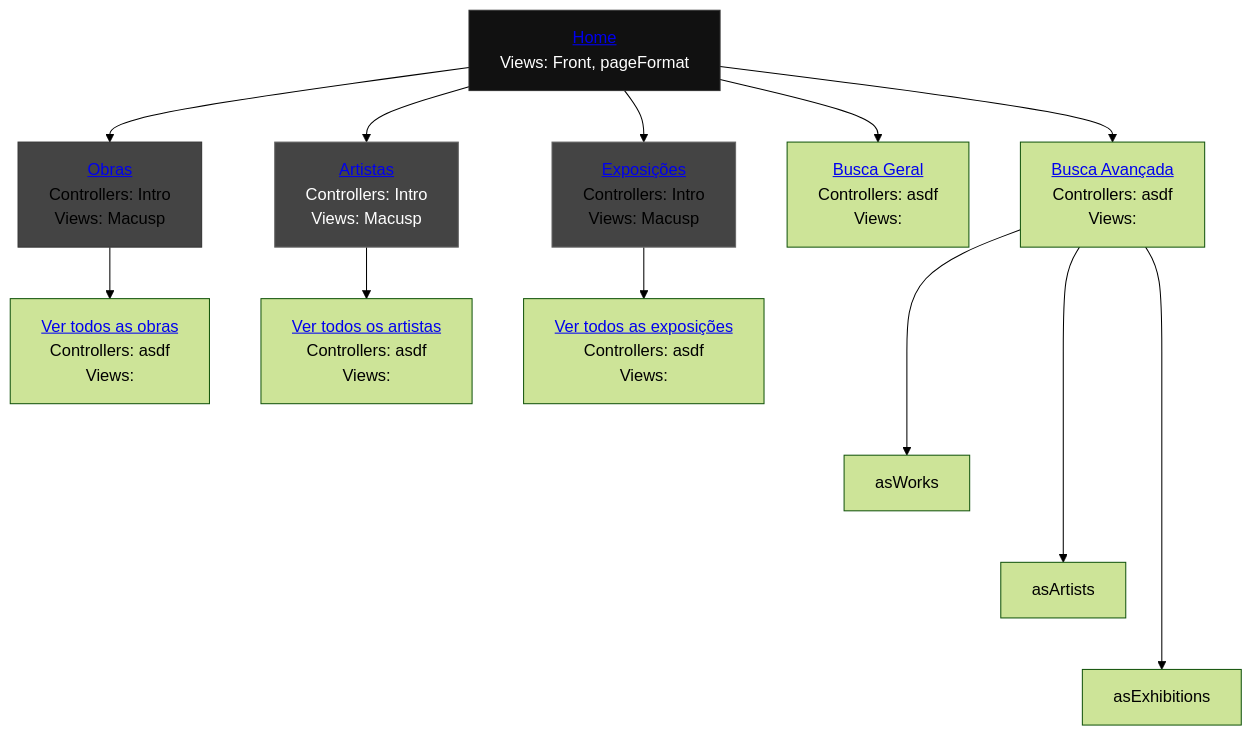
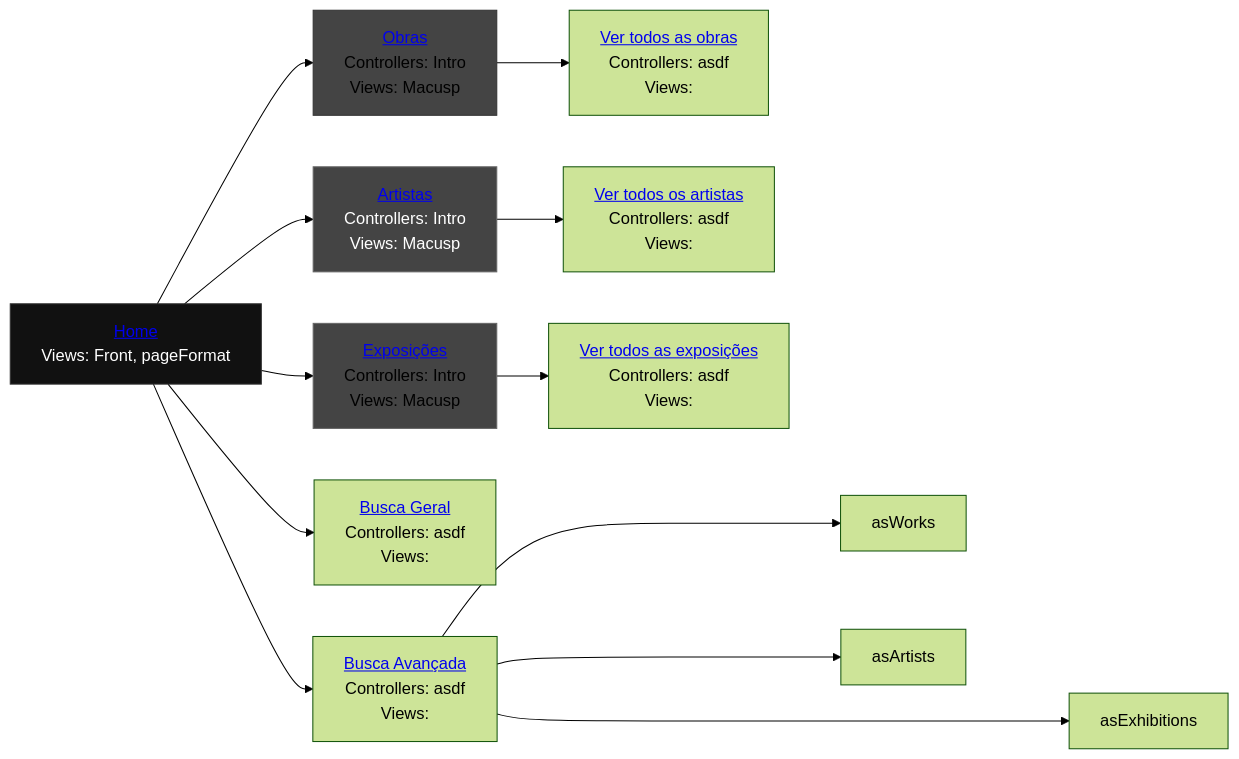
The diagram in README.md (reynaldocv/macusp), drawn with Mermaid (forest theme) before and after one commit.

````diff
--- a/README.md
+++ b/README.md
@@ -245,33 +245,33 @@
 ```mermaid
-graph TD
+graph LR
     %% Parte superior e inferior del primer puesto
     home["           <a href='http://143.107.130.173/admacervo/macusp/index.php'> Home </a> <br> Views: Front, pageFormat"]
     works["          <a href='http://143.107.130.173/admacervo/macusp/index.php/Intro/works'>Obras</a>      <br> Controllers: Intro <br> Views: Macusp"]
     artists["        <a href='http://143.107.130.173/admacervo/macusp/index.php/Intro/artists'>Artistas</a>  <br> Controllers: Intro <br> Views: Macusp"]
     exhibitions["    <a href='http://143.107.130.173/admacervo/macusp/index.php/Intro/exhibitions'>Exposições</a> <br> Controllers: Intro <br> Views: Macusp"]
     search["         <a href='https://link.com'> Busca Geral </a> <br>  Controllers: asdf <br>  Views: "]
     advancedSearch[" <a href='https://link.com'> Busca Avançada</a> <br>  Controllers: </strong> asdf <br>  Views: "]
     viewWorks[" <a href='https://link.com'> Ver todos as obras</a> <br>  Controllers: </strong> asdf <br>  Views: "]
     viewArtists[" <a href='https://link.com'> Ver todos os artistas</a> <br>  Controllers: </strong> asdf <br>  Views: "]
     viewExhibitions[" <a href='https://link.com'> Ver todos as exposições</a> <br>  Controllers: </strong> asdf <br>  Views: "]
     
     %% Conexión del organigrama (une la parte inferior de uno con la superior del otro)
     home --> works
     home --> artists
     home --> exhibitions
     home --> search
     home --> advancedSearch
     works --> viewWorks
     artists --> viewArtists    
     exhibitions --> viewExhibitions
     advancedSearch ---> asWorks
-    advancedSearch ----> asArtists
+    advancedSearch ---> asArtists
     advancedSearch -----> asExhibitions
 
 
     %% Estilos para que parezcan una sola pieza
     style home fill:#111,stroke:#333,color:#fff
     style works fill:#444,stroke:#333
     style artists fill:#444,stroke:#666,color:#fff
     style exhibitions fill:#444,stroke:#666
 ```
````
